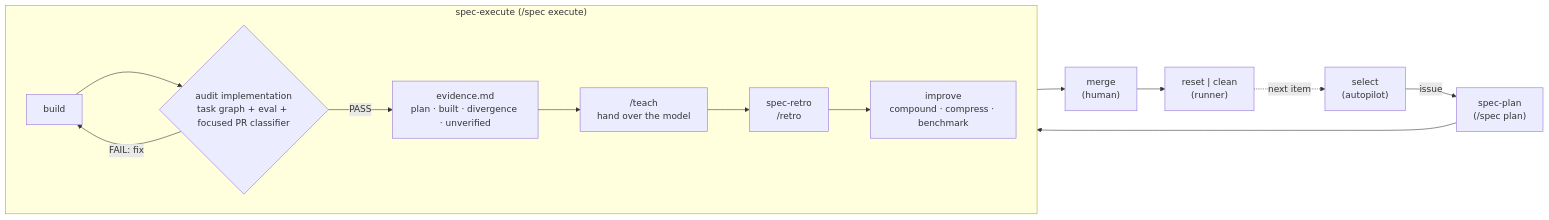
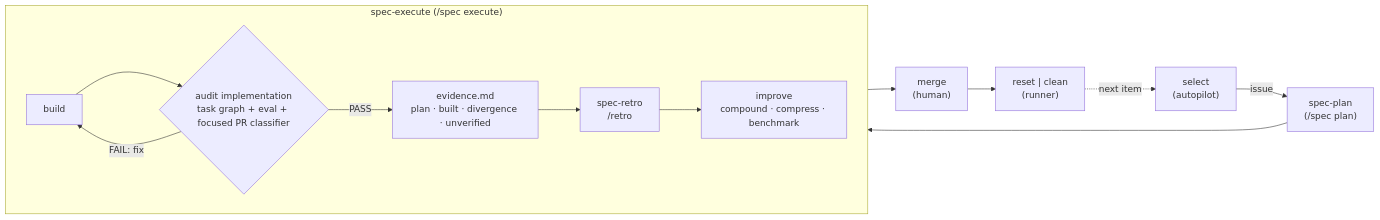
Before and after one commit to mifunedev/openharness: the diagram in AGENTS.md, drawn with Mermaid. The commit also changed other lines of this file and 8 other files, not shown here.

````diff
--- a/AGENTS.md
+++ b/AGENTS.md
@@ -144,17 +144,16 @@
 ```mermaid
 flowchart LR
     SEL["select<br/>(autopilot)"] -->|issue| PLAN["spec-plan<br/>(/spec plan)"]
     PLAN --> BUILD["build"]
     subgraph EXEC["spec-execute (/spec execute)"]
         direction LR
         BUILD --> AUDIT{"audit implementation<br/>task graph + eval + focused PR classifier"}
         AUDIT -->|FAIL: fix| BUILD
         AUDIT -->|PASS| EVID["evidence.md<br/>plan · built · divergence · unverified"]
-        EVID --> TEACH["/teach<br/>hand over the model"]
-        TEACH --> SRETRO["spec-retro<br/>/retro"]
+        EVID --> SRETRO["spec-retro<br/>/retro"]
         SRETRO --> IMPROVE["improve<br/>compound · compress · benchmark"]
     end
     IMPROVE --> MERGE["merge<br/>(human)"]
     MERGE --> RESET["reset | clean<br/>(runner)"]
     RESET -.->|next item| SEL
 ```
````
